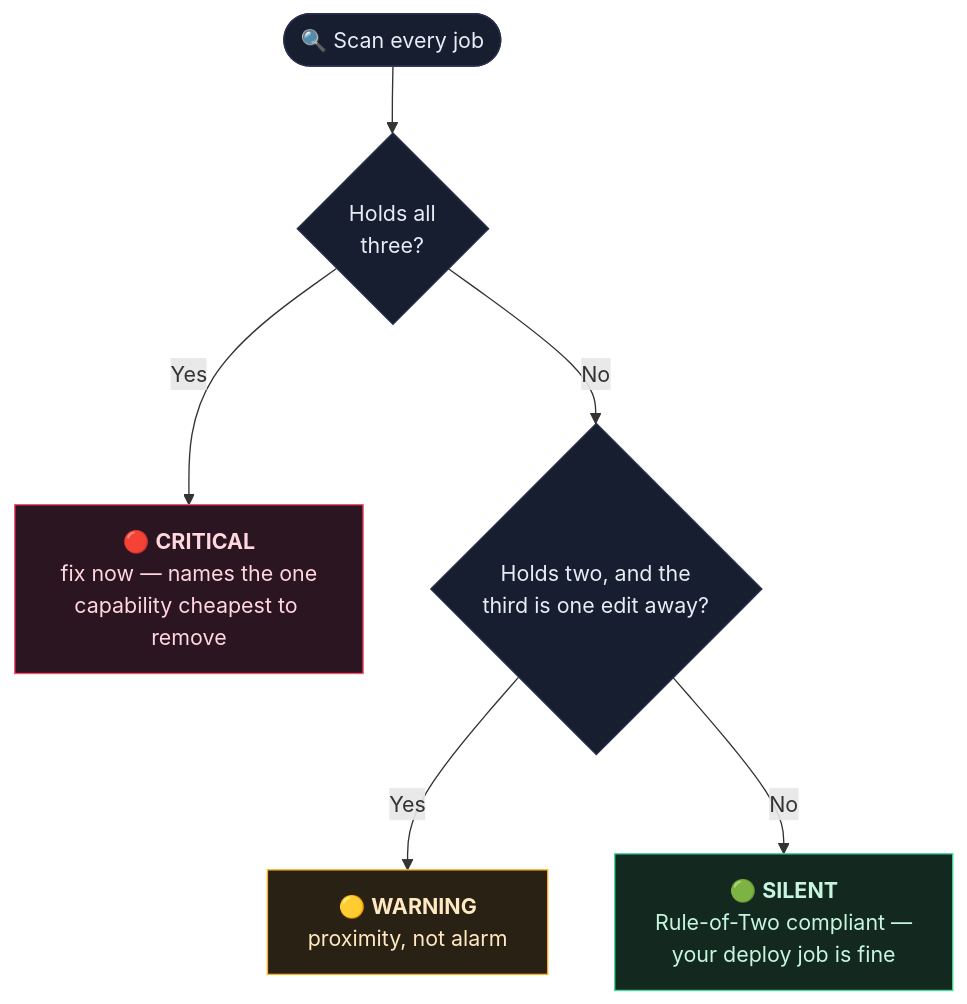
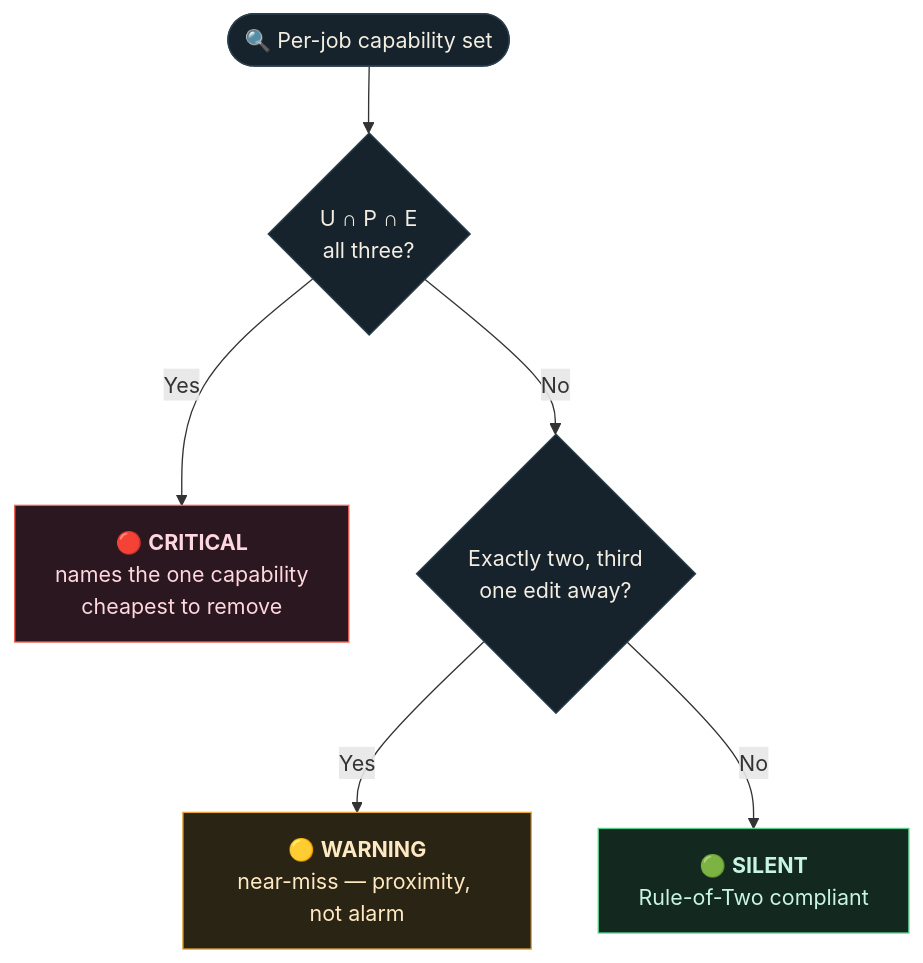
The second of 7 diagrams in README.md (girnarholdings/TriDelPhi), drawn with Mermaid before and after one commit. The commit also changed other lines of this file, not shown here.

First line of the commit message:
Rewrite the README as a technical deep-dive with architecture graphs and credits

````diff
--- a/README.md
+++ b/README.md
@@ -116,15 +110,15 @@
 ```mermaid
 flowchart TD
-    S(["🔍 Scan every job"]) --> Q1{"Holds all<br/>three?"}
-    Q1 -->|Yes| CRIT["🔴 <b>CRITICAL</b><br/>fix now — names the one<br/>capability cheapest to remove"]
-    Q1 -->|No| Q2{"Holds two, and the<br/>third is one edit away?"}
-    Q2 -->|Yes| WARN["🟡 <b>WARNING</b><br/>proximity, not alarm"]
-    Q2 -->|No| OK["🟢 <b>SILENT</b><br/>Rule-of-Two compliant —<br/>your deploy job is fine"]
+    S(["🔍 Per-job capability set"]) --> Q1{"U ∩ P ∩ E<br/>all three?"}
+    Q1 -->|Yes| CRIT["🔴 <b>CRITICAL</b><br/>names the one capability<br/>cheapest to remove"]
+    Q1 -->|No| Q2{"Exactly two, third<br/>one edit away?"}
+    Q2 -->|Yes| WARN["🟡 <b>WARNING</b><br/>near-miss — proximity, not alarm"]
+    Q2 -->|No| OK["🟢 <b>SILENT</b><br/>Rule-of-Two compliant"]
 
-    style S fill:#171e30,stroke:#28304a,color:#e8ecf5
-    style Q1 fill:#171e30,stroke:#28304a,color:#e8ecf5
-    style Q2 fill:#171e30,stroke:#28304a,color:#e8ecf5
-    style CRIT fill:#2a1520,stroke:#ff4d6d,color:#ffd7de
-    style WARN fill:#2a2115,stroke:#ffb020,color:#ffe9c2
-    style OK fill:#13291f,stroke:#3ddc97,color:#c8f5e2
+    style S fill:#16232c,stroke:#2a3f4d,color:#f4eee2
+    style Q1 fill:#16232c,stroke:#2a3f4d,color:#f4eee2
+    style Q2 fill:#16232c,stroke:#2a3f4d,color:#f4eee2
+    style CRIT fill:#2a1720,stroke:#f2604f,color:#ffd7de
+    style WARN fill:#2a2415,stroke:#eaa63a,color:#ffe9c2
+    style OK fill:#13291f,stroke:#5ccb8c,color:#c8f5e2
 ```
````
